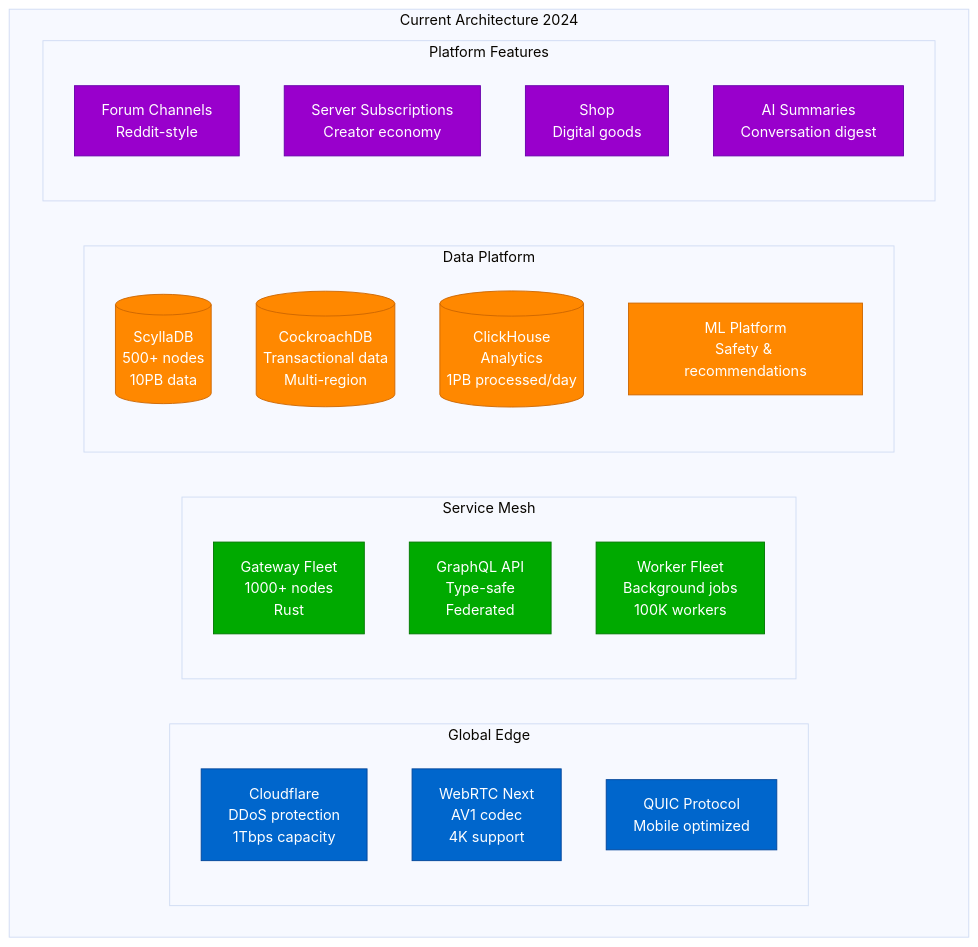
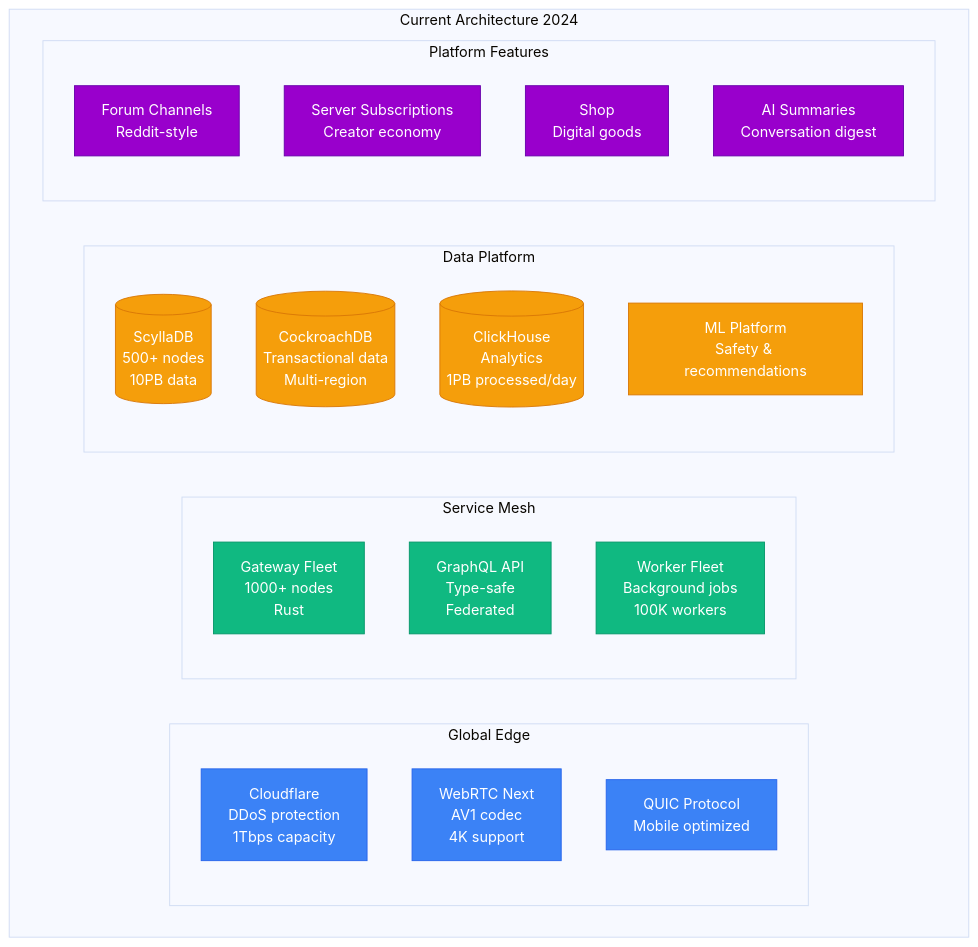
One commit to deepaucksharma/DS changed the sixth of 9 diagrams in site/docs/scaling/discord-scale-journey.md. Above: the diagram before and after it, drawn with Mermaid (base theme). The commit also changed other lines of this file and 303 other files, not shown here.

````diff
--- a/site/docs/scaling/discord-scale-journey.md
+++ b/site/docs/scaling/discord-scale-journey.md
@@ -288,41 +288,41 @@
 ```mermaid
 graph TB
     subgraph Current[Current Architecture 2024]
         subgraph EdgeNetwork[Global Edge]
             CLOUDFLARE[Cloudflare<br/>DDoS protection<br/>1Tbps capacity]
             WEBRTC_NEXT[WebRTC Next<br/>AV1 codec<br/>4K support]
             QUIC[QUIC Protocol<br/>Mobile optimized]
         end
 
         subgraph Services[Service Mesh]
             GATEWAY_FLEET[Gateway Fleet<br/>1000+ nodes<br/>Rust]
             API_GRAPHQL[GraphQL API<br/>Type-safe<br/>Federated]
             WORKER_FLEET[Worker Fleet<br/>Background jobs<br/>100K workers]
         end
 
         subgraph DataPlatform[Data Platform]
             SCYLLA_FLEET[(ScyllaDB<br/>500+ nodes<br/>10PB data)]
             CRDB[(CockroachDB<br/>Transactional data<br/>Multi-region)]
             ANALYTICS[(ClickHouse<br/>Analytics<br/>1PB processed/day)]
             ML_PLATFORM[ML Platform<br/>Safety & recommendations]
         end
 
         subgraph Features[Platform Features]
             FORUMS[Forum Channels<br/>Reddit-style]
             SUBSCRIPTION[Server Subscriptions<br/>Creator economy]
             SHOP[Shop<br/>Digital goods]
             AI_SUMMARY[AI Summaries<br/>Conversation digest]
         end
     end
 
     %% Apply colors
-    classDef edgeStyle fill:#0066CC,stroke:#004499,color:#fff
-    classDef serviceStyle fill:#00AA00,stroke:#007700,color:#fff
-    classDef dataStyle fill:#FF8800,stroke:#CC6600,color:#fff
+    classDef edgeStyle fill:#3B82F6,stroke:#2563EB,color:#fff
+    classDef serviceStyle fill:#10B981,stroke:#059669,color:#fff
+    classDef dataStyle fill:#F59E0B,stroke:#D97706,color:#fff
     classDef featureStyle fill:#9900CC,stroke:#6600AA,color:#fff
 
     class CLOUDFLARE,WEBRTC_NEXT,QUIC edgeStyle
     class GATEWAY_FLEET,API_GRAPHQL,WORKER_FLEET serviceStyle
     class SCYLLA_FLEET,CRDB,ANALYTICS,ML_PLATFORM dataStyle
     class FORUMS,SUBSCRIPTION,SHOP,AI_SUMMARY featureStyle
 ```
````
